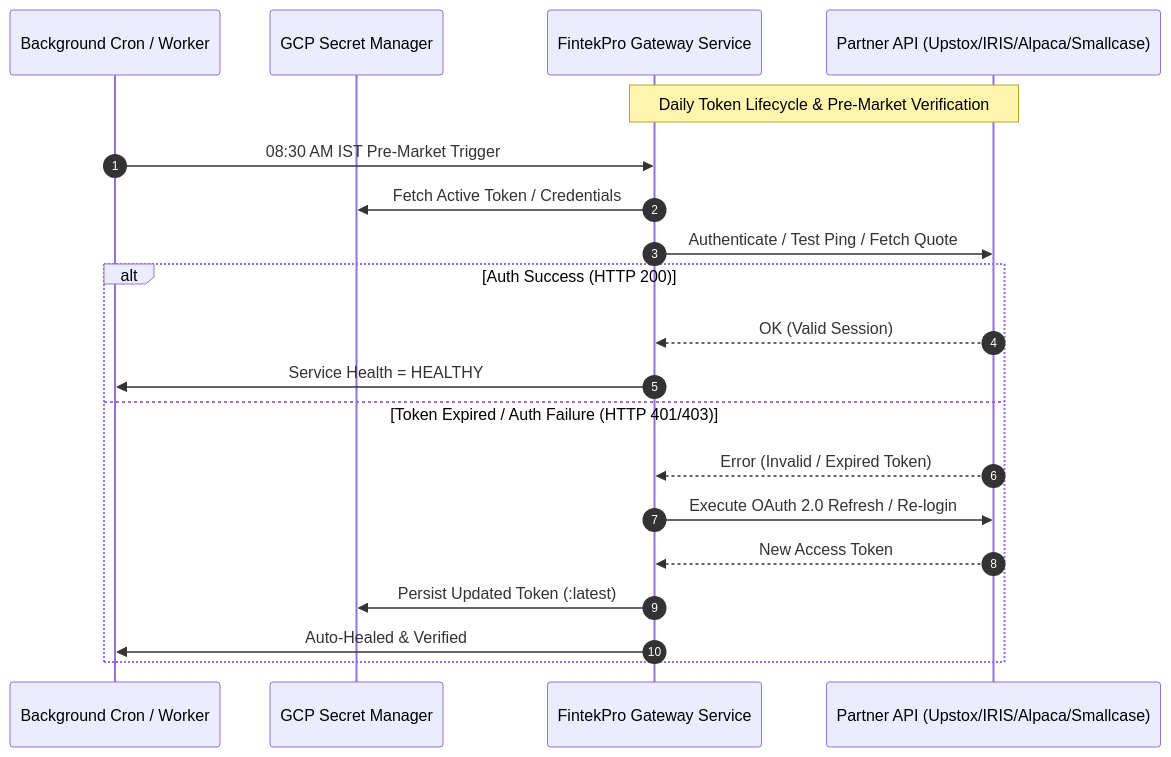
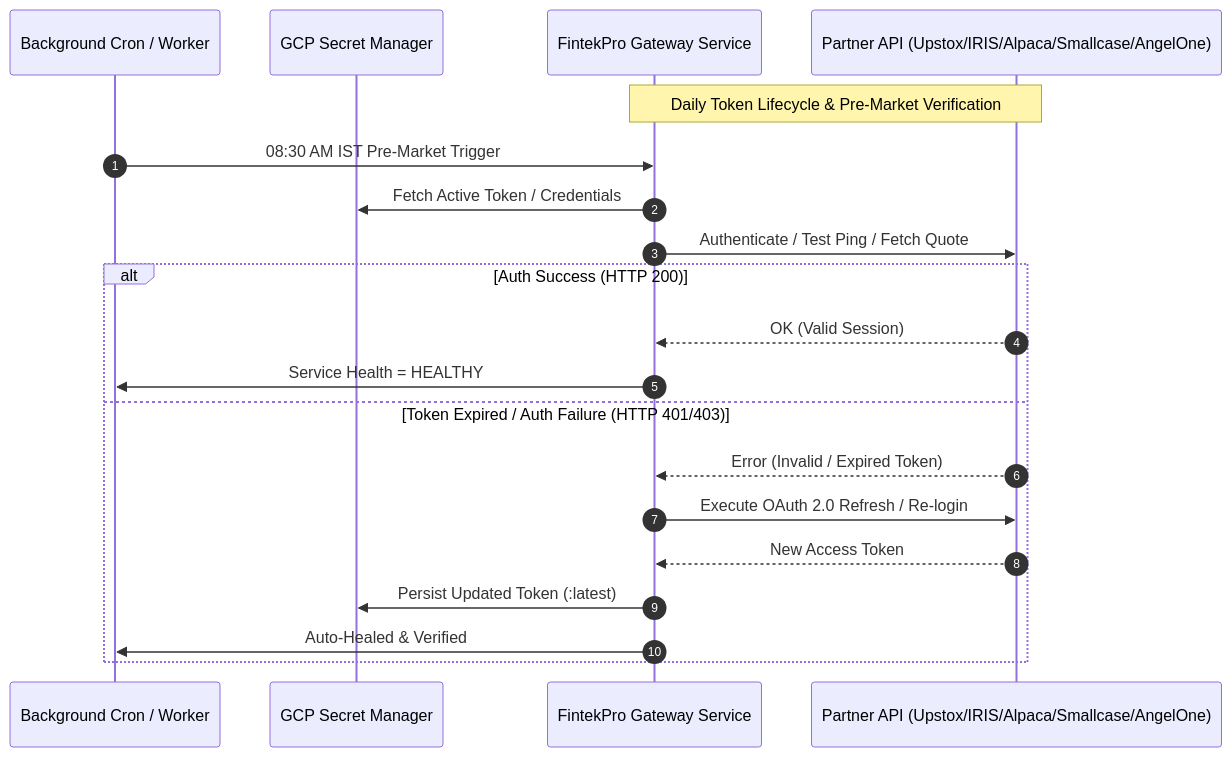
One commit to meekservices/FintekPro changed the first of 2 diagrams in docs/SOP_PARTNER_BROKER_AND_API_INTEGRATIONS.md. Above: the diagram before and after it, drawn with Mermaid. The commit also changed other lines of this file, not shown here.

Commit message:
docs(api-sop): sync Angel One SmartAPI NCDEX governance updates

````diff
--- a/docs/SOP_PARTNER_BROKER_AND_API_INTEGRATIONS.md
+++ b/docs/SOP_PARTNER_BROKER_AND_API_INTEGRATIONS.md
@@ -50,23 +52,23 @@
 ```mermaid
 sequenceDiagram
     autonumber
     participant Scheduler as Background Cron / Worker
     participant SecretMgr as GCP Secret Manager
     participant App as FintekPro Gateway Service
-    participant Partner as Partner API (Upstox/IRIS/Alpaca/Smallcase)
+    participant Partner as Partner API (Upstox/IRIS/Alpaca/Smallcase/AngelOne)
 
     Note over App,Partner: Daily Token Lifecycle & Pre-Market Verification
     Scheduler->>App: 08:30 AM IST Pre-Market Trigger
     App->>SecretMgr: Fetch Active Token / Credentials
     App->>Partner: Authenticate / Test Ping / Fetch Quote
     alt Auth Success (HTTP 200)
         Partner-->>App: OK (Valid Session)
         App->>Scheduler: Service Health = HEALTHY
     else Token Expired / Auth Failure (HTTP 401/403)
         Partner-->>App: Error (Invalid / Expired Token)
         App->>Partner: Execute OAuth 2.0 Refresh / Re-login
         Partner-->>App: New Access Token
         App->>SecretMgr: Persist Updated Token (:latest)
         App->>Scheduler: Auto-Healed & Verified
     end
 ```
````
